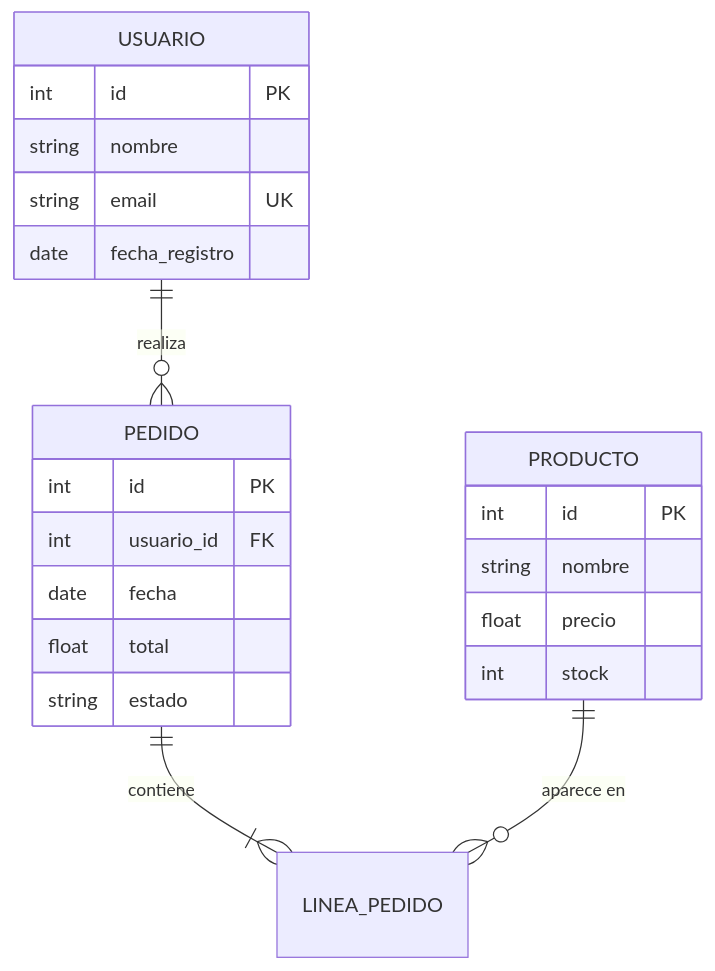
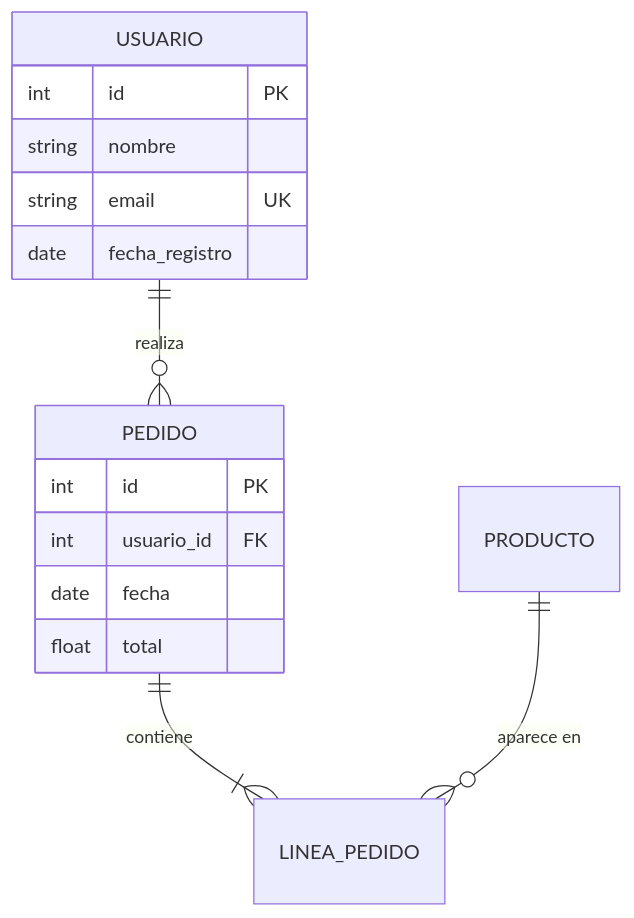
One commit to angelnoelduranflorez/mermaid-presentation changed the seventh of 16 diagrams in DIALOGO-PRESENTACION.md. Above: the diagram before and after it, drawn with Mermaid. The commit also changed other lines of this file and 2 other files, not shown here.

````diff
--- a/DIALOGO-PRESENTACION.md
+++ b/DIALOGO-PRESENTACION.md
@@ -472,25 +466,18 @@
 ```mermaid
 erDiagram
     USUARIO ||--o{ PEDIDO : "realiza"
     PEDIDO ||--|{ LINEA_PEDIDO : "contiene"
     PRODUCTO ||--o{ LINEA_PEDIDO : "aparece en"
     USUARIO {
         int id PK
         string nombre
         string email UK
         date fecha_registro
     }
     PEDIDO {
         int id PK
         int usuario_id FK
         date fecha
         float total
-        string estado
-    }
-    PRODUCTO {
-        int id PK
-        string nombre
-        float precio
-        int stock
     }
 ```
````
